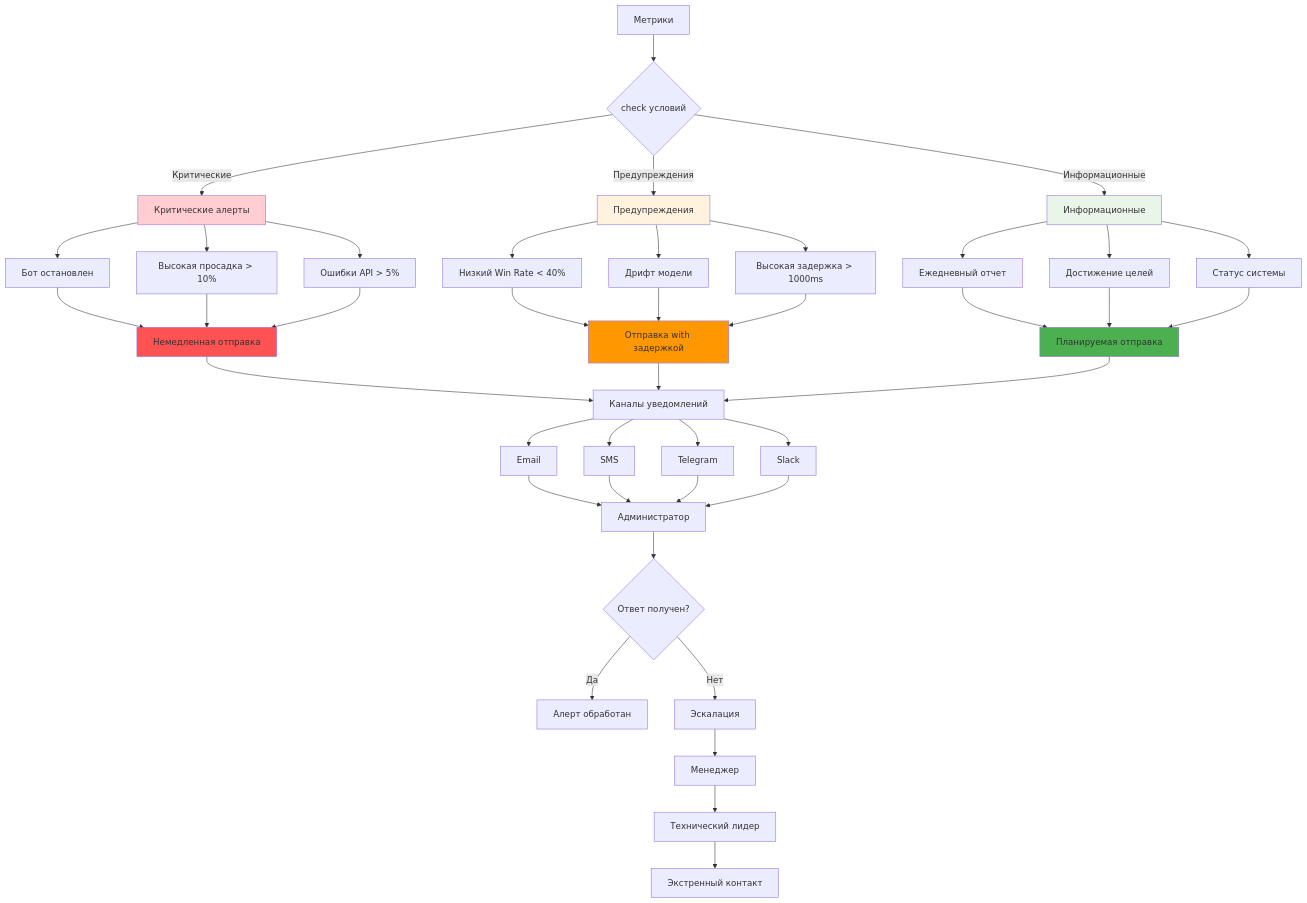
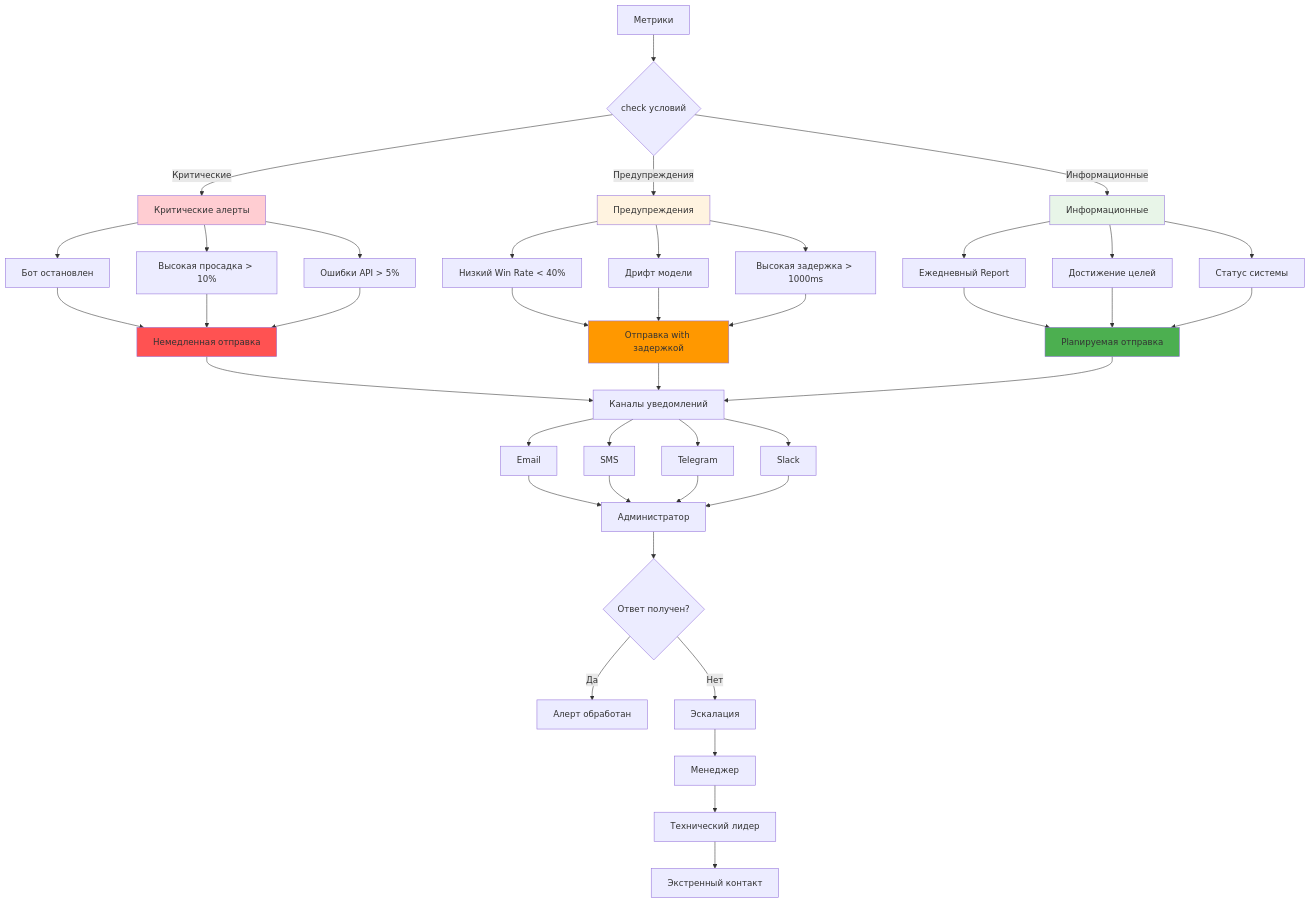
One commit to NeoZorK/neozork-hld-prediction changed the third of 8 diagrams in docs/automl/gluon/27_trading_bot_monitoring.md. Above: the diagram before and after it, drawn with Mermaid. The commit also changed other lines of this file and 102 other files, not shown here.

````diff
--- a/docs/automl/gluon/27_trading_bot_monitoring.md
+++ b/docs/automl/gluon/27_trading_bot_monitoring.md
@@ -685,59 +685,59 @@
 ```mermaid
 graph TD
  A[Метрики] --> B{check условий}
 
  B -->|Критические| C[Критические алерты]
  B -->|Предупреждения| D[Предупреждения]
  B -->|Информационные| E[Информационные]
 
  C --> C1[Бот остановлен]
  C --> C2[Высокая просадка > 10%]
  C --> C3[Ошибки API > 5%]
 
  D --> D1[Низкий Win Rate < 40%]
  D --> D2[Дрифт модели]
  D --> D3[Высокая задержка > 1000ms]
 
- E --> E1[Ежедневный отчет]
+ E --> E1[Ежедневный Report]
  E --> E2[Достижение целей]
  E --> E3[Статус системы]
 
  C1 --> F[Немедленная отправка]
  C2 --> F
  C3 --> F
  D1 --> G[Отправка with задержкой]
  D2 --> G
  D3 --> G
- E1 --> H[Планируемая отправка]
+ E1 --> H[Planируемая отправка]
  E2 --> H
  E3 --> H
 
  F --> I[Каналы уведомлений]
  G --> I
  H --> I
 
  I --> J[Email]
  I --> K[SMS]
  I --> L[Telegram]
  I --> M[Slack]
 
  J --> N[Администратор]
  K --> N
  L --> N
  M --> N
 
  N --> O{Ответ получен?}
  O -->|Да| P[Алерт обработан]
  O -->|Нет| Q[Эскалация]
 
  Q --> R[Менеджер]
  R --> S[Технический лидер]
  S --> T[Экстренный контакт]
 
  style C fill:#ffcdd2
  style D fill:#fff3e0
  style E fill:#e8f5e8
  style F fill:#ff5252
  style G fill:#ff9800
  style H fill:#4caf50
 ```
````
